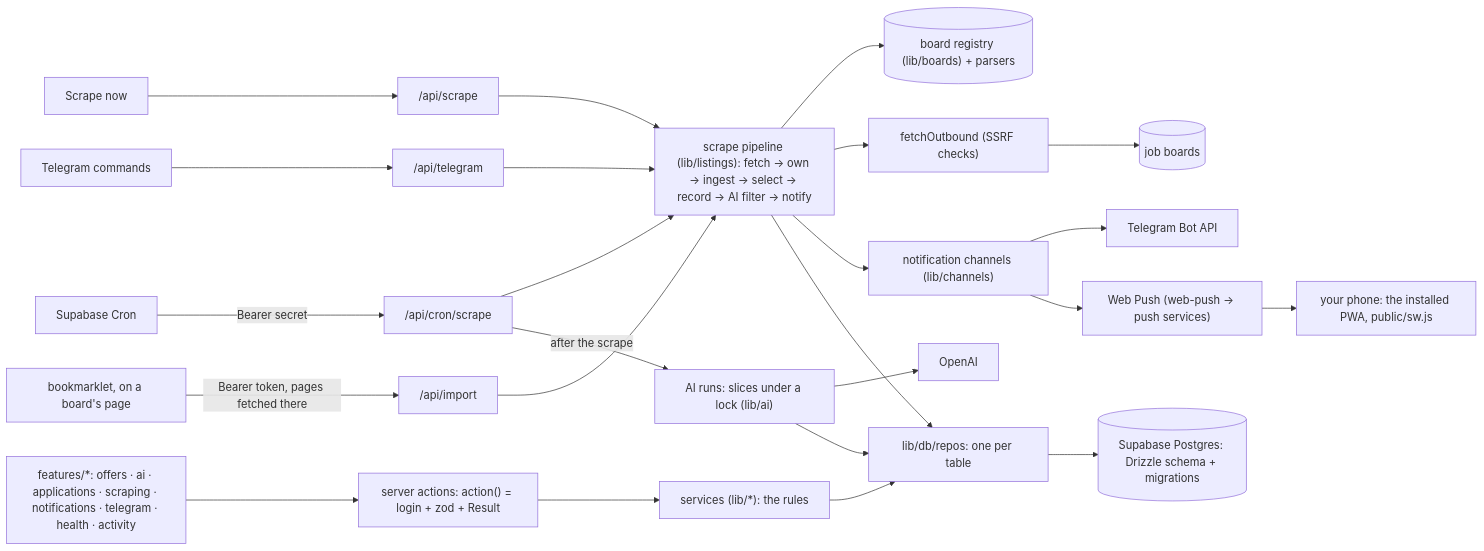
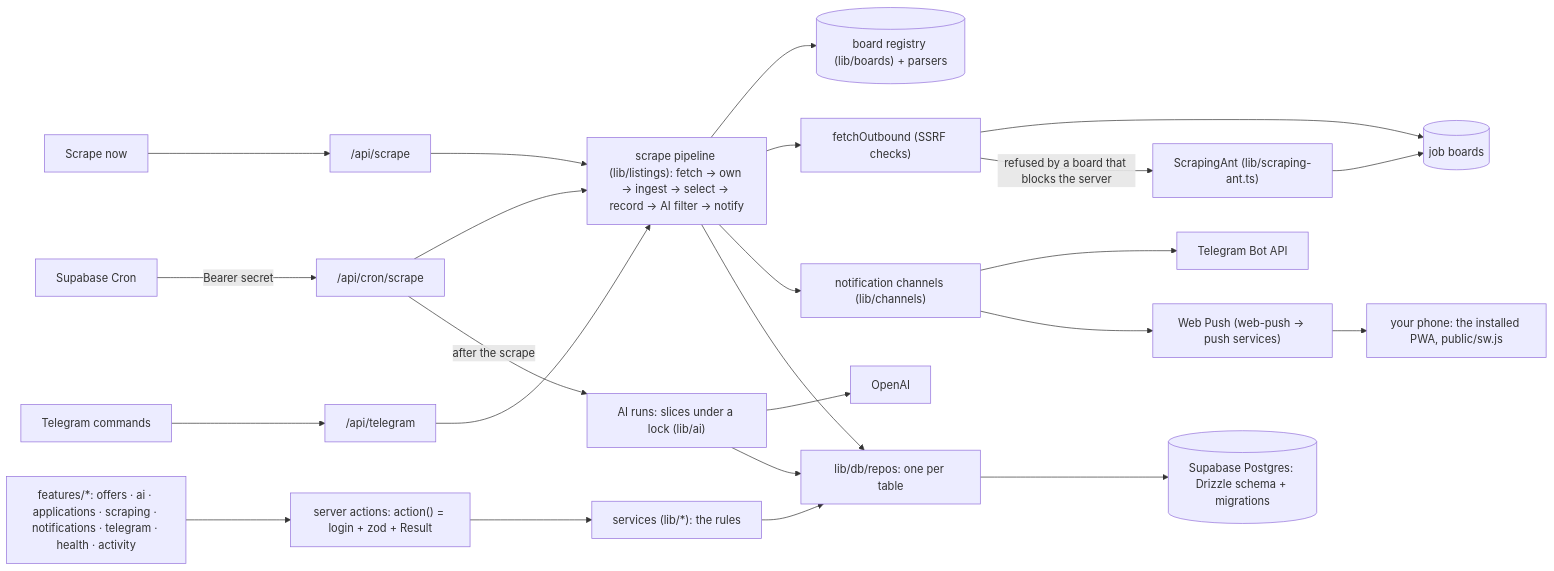
Before and after one commit to u-can-do-it/applied: the first of 4 diagrams in docs/ARCHITECTURE.md, drawn with Mermaid. The commit also changed other lines of this file and 15 other files, not shown here.

First line of the commit message:
Scraping: the bookmarklet is gone, ScrapingAnt fetches Eldorado for the server

````diff
--- a/docs/ARCHITECTURE.md
+++ b/docs/ARCHITECTURE.md
@@ -9,22 +9,21 @@
 ```mermaid
 flowchart LR
   Cron[Supabase Cron] -->|Bearer secret| CronApi["/api/cron/scrape"]
   Button["Scrape now"] --> ScrapeApi["/api/scrape"]
   Bot[Telegram commands] --> TgApi["/api/telegram"]
-  Bookmarklet["bookmarklet, on a board's page"] -->|Bearer token, pages fetched there| ImportApi["/api/import"]
   CronApi --> Pipeline["scrape pipeline (lib/listings): fetch → own → ingest → select → record → AI filter → notify"]
   ScrapeApi --> Pipeline
   TgApi --> Pipeline
-  ImportApi --> Pipeline
   Pipeline --> Boards[("board registry (lib/boards) + parsers")]
   Pipeline --> Outbound["fetchOutbound (SSRF checks)"] --> Sites[(job boards)]
+  Outbound -->|refused by a board that blocks the server| Ant["ScrapingAnt (lib/scraping-ant.ts)"] --> Sites
   Pipeline --> Channels["notification channels (lib/channels)"]
   Channels --> Telegram[Telegram Bot API]
   Channels --> Push["Web Push (web-push → push services)"] --> Phone["your phone: the installed PWA, public/sw.js"]
   CronApi -->|after the scrape| AiRuns["AI runs: slices under a lock (lib/ai)"]
   AiRuns --> OpenAI
   UI["features/*: offers · ai · applications · scraping · notifications · telegram · health · activity"] --> Actions["server actions: action() = login + zod + Result"]
   Actions --> Services["services (lib/*): the rules"] --> Repos["lib/db/repos: one per table"] --> DB[("Supabase Postgres: Drizzle schema + migrations")]
   Pipeline --> Repos
   AiRuns --> Repos
 ```
````
